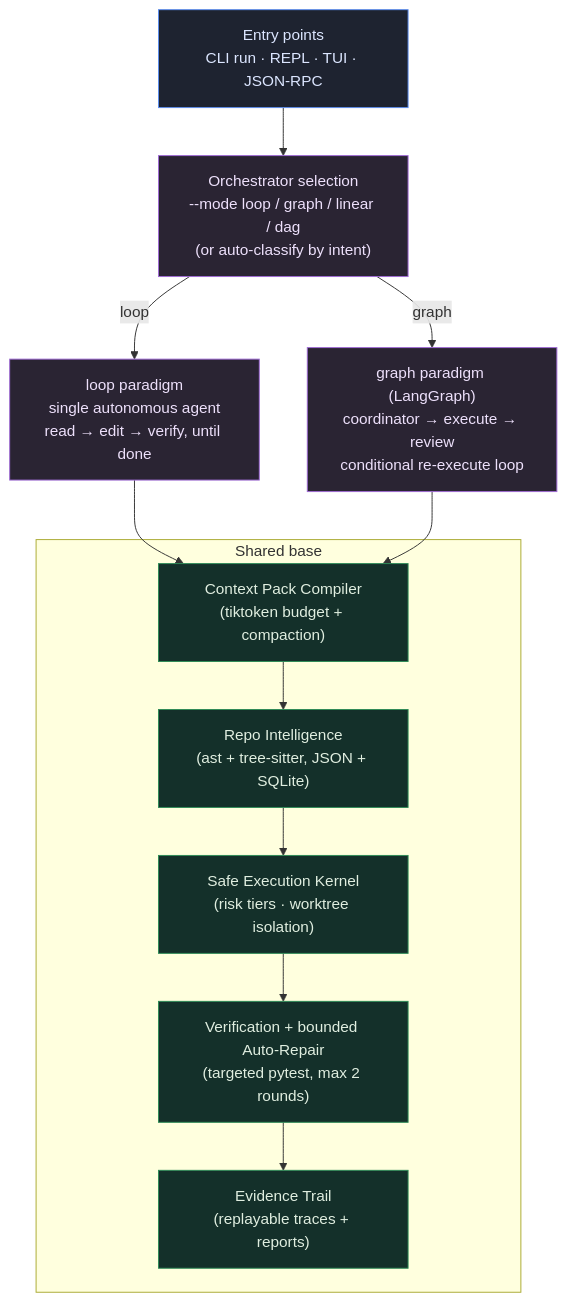
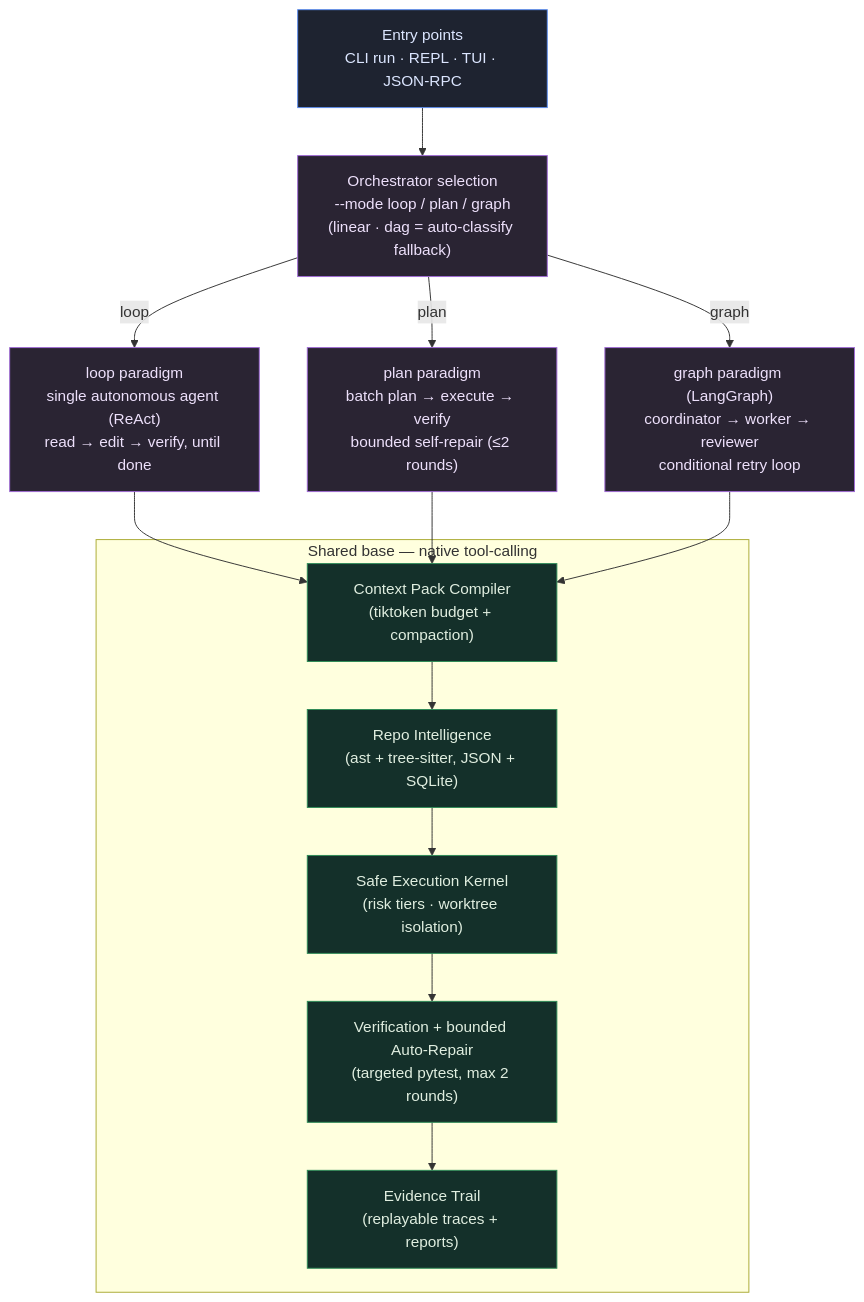
The diagram in README.md (kongshuilinhua/XHX-Agent), drawn with Mermaid before and after one commit. The commit also changed other lines of this file and 3 other files, not shown here.

First line of the commit message:
docs(readme): rewrite to three-paradigm (loop/plan/graph) narrative + benchmark + engineering notes

````diff
--- a/README.md
+++ b/README.md
@@ -33,26 +34,29 @@
 ```mermaid
 graph TD
     classDef entry fill:#1e2330,stroke:#5b8def,stroke-width:1px,color:#dce6ff;
     classDef orch fill:#2a2433,stroke:#a06bd6,stroke-width:1px,color:#ede0fb;
     classDef base fill:#14302a,stroke:#2e8b57,stroke-width:1px,color:#e0eee0;
 
     E["Entry points<br/>CLI run · REPL · TUI · JSON-RPC"]:::entry
-    S["Orchestrator selection<br/>--mode loop / graph / linear / dag<br/>(or auto-classify by intent)"]:::orch
-    L["loop paradigm<br/>single autonomous agent<br/>read → edit → verify, until done"]:::orch
-    G["graph paradigm (LangGraph)<br/>coordinator → execute → review<br/>conditional re-execute loop"]:::orch
+    S["Orchestrator selection<br/>--mode loop / plan / graph<br/>(linear · dag = auto-classify fallback)"]:::orch
+    L["loop paradigm<br/>single autonomous agent (ReAct)<br/>read → edit → verify, until done"]:::orch
+    P["plan paradigm<br/>batch plan → execute → verify<br/>bounded self-repair (≤2 rounds)"]:::orch
+    G["graph paradigm (LangGraph)<br/>coordinator → worker → reviewer<br/>conditional retry loop"]:::orch
 
-    subgraph base_box["Shared base"]
+    subgraph base_box["Shared base — native tool-calling"]
         B["Context Pack Compiler<br/>(tiktoken budget + compaction)"]:::base
         R["Repo Intelligence<br/>(ast + tree-sitter, JSON + SQLite)"]:::base
         K["Safe Execution Kernel<br/>(risk tiers · worktree isolation)"]:::base
         V["Verification + bounded Auto-Repair<br/>(targeted pytest, max 2 rounds)"]:::base
         EV["Evidence Trail<br/>(replayable traces + reports)"]:::base
         B --> R --> K --> V --> EV
     end
 
     E --> S
     S -->|loop| L
+    S -->|plan| P
     S -->|graph| G
     L --> B
+    P --> B
     G --> B
 ```
````
